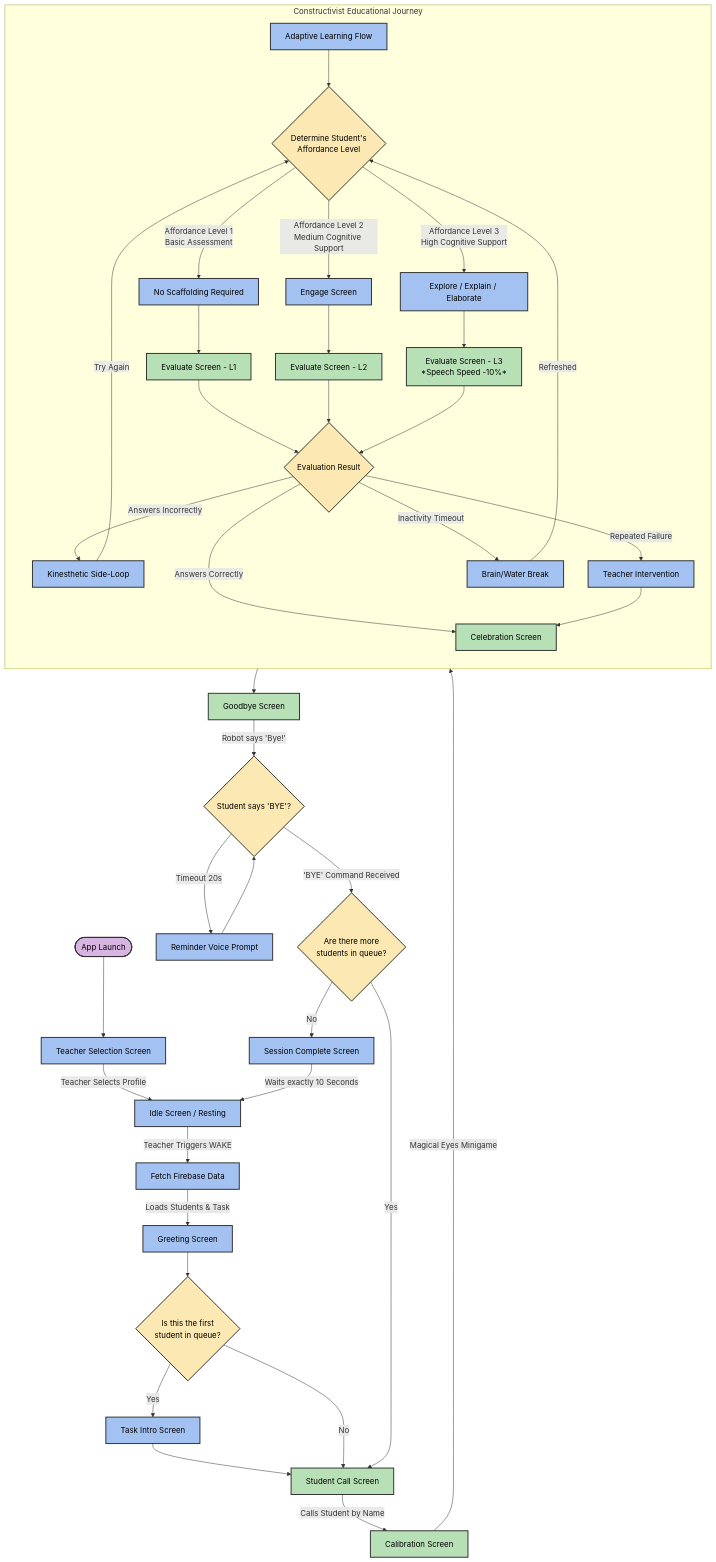
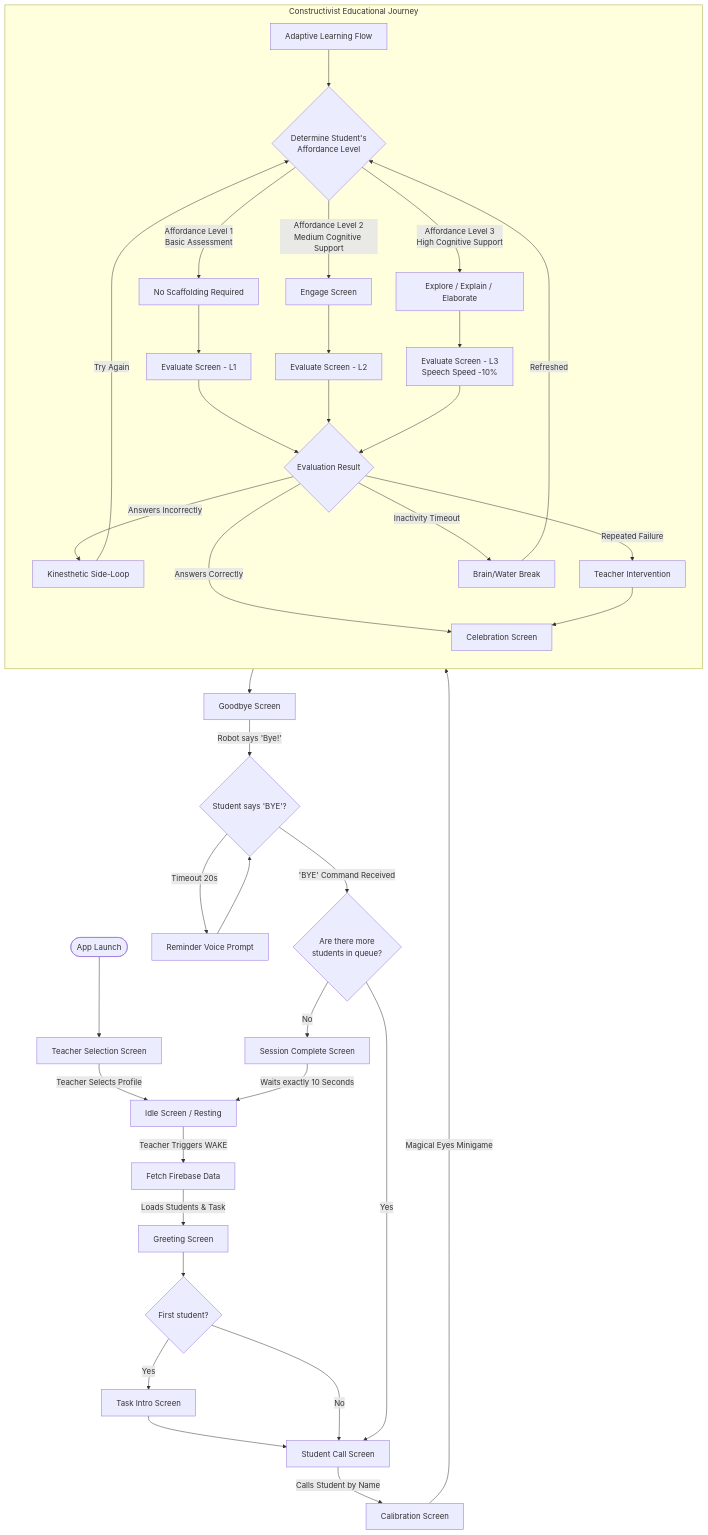
The diagram in COMPREHENSIVE_UX_DIAGRAM.md (zenBandara/akshi-robot-main), drawn with Mermaid before and after one commit.

Commit message:
docs: strip custom styling to fix readability issue in diagram renderer

````diff
--- a/COMPREHENSIVE_UX_DIAGRAM.md
+++ b/COMPREHENSIVE_UX_DIAGRAM.md
@@ -7,73 +7,58 @@
 ```mermaid
-%%{init: {"look": "classic", "theme": "default"}}%%
 graph TD
-    classDef startNode fill:#d8b4e2,stroke:#333,stroke-width:2px,color:black;
-    classDef processNode fill:#a3c2f1,stroke:#333,stroke-width:2px,color:black;
-    classDef conditionNode fill:#fce8b2,stroke:#333,stroke-width:2px,color:black;
-    classDef studentNode fill:#b8e0b6,stroke:#333,stroke-width:2px,color:black;
-
     START([App Launch]) --> TS[Teacher Selection Screen]
     TS --> |Teacher Selects Profile| IDLE[Idle Screen / Resting]
     
     IDLE --> |Teacher Triggers WAKE| FETCH[Fetch Firebase Data]
     FETCH --> |Loads Students & Task| GREET[Greeting Screen]
     
-    GREET --> FIRST_CHECK{Is this the first<br/>student in queue?}
+    GREET --> FIRST_CHECK{First student?}
     FIRST_CHECK -->|Yes| TASK_INTRO[Task Intro Screen]
     TASK_INTRO --> SCALL[Student Call Screen]
     FIRST_CHECK -->|No| SCALL
     
     SCALL --> |Calls Student by Name| CALIB[Calibration Screen]
     CALIB --> |Magical Eyes Minigame| ADAPTIVE[Adaptive Learning Flow]
     
     subgraph Constructivist Educational Journey
         direction TB
         ADAPTIVE --> ROUTER{Determine Student's<br/>Affordance Level}
         
-        %% Affordance Level 1
         ROUTER --> |Affordance Level 1<br/>Basic Assessment| L1_PATH[No Scaffolding Required]
         L1_PATH --> EVAL_L1[Evaluate Screen - L1]
         
-        %% Affordance Level 2
         ROUTER --> |Affordance Level 2<br/>Medium Cognitive Support| L2_PATH[Engage Screen]
         L2_PATH --> EVAL_L2[Evaluate Screen - L2]
         
-        %% Affordance Level 3
         ROUTER --> |Affordance Level 3<br/>High Cognitive Support| L3_PATH[Explore / Explain / Elaborate]
-        L3_PATH --> EVAL_L3[Evaluate Screen - L3<br/>*Speech Speed -10%*]
+        L3_PATH --> EVAL_L3[Evaluate Screen - L3<br/>Speech Speed -10%]
         
-        %% Merge Evaluation Results
         EVAL_L1 --> EVAL_MERGE{Evaluation Result}
         EVAL_L2 --> EVAL_MERGE
         EVAL_L3 --> EVAL_MERGE
         
         EVAL_MERGE --> |Answers Correctly| CELEB[Celebration Screen]
         
         EVAL_MERGE --> |Answers Incorrectly| KINESTHETIC[Kinesthetic Side-Loop]
         KINESTHETIC --> |Try Again| ROUTER
         
         EVAL_MERGE --> |Repeated Failure| TEACHER_INT[Teacher Intervention]
         TEACHER_INT --> CELEB
         
         EVAL_MERGE --> |Inactivity Timeout| BREAK[Brain/Water Break]
         BREAK --> |Refreshed| ROUTER
     end
     
     CELEB --> GOODBYE[Goodbye Screen]
     GOODBYE --> |Robot says 'Bye!'| WAIT_BYE{Student says 'BYE'?}
     
     WAIT_BYE --> |Timeout 20s| REMINDER[Reminder Voice Prompt]
     REMINDER --> WAIT_BYE
     
     WAIT_BYE --> |'BYE' Command Received| QUEUE_CHECK{Are there more<br/>students in queue?}
     
     QUEUE_CHECK --> |Yes| SCALL
     QUEUE_CHECK --> |No| SESS_COMP[Session Complete Screen]
     
     SESS_COMP --> |Waits exactly 10 Seconds| IDLE
-
-    class START startNode;
-    class TS,IDLE,FETCH,GREET,TASK_INTRO,ADAPTIVE,L1_PATH,L2_PATH,L3_PATH,KINESTHETIC,TEACHER_INT,BREAK,REMINDER,SESS_COMP processNode;
-    class FIRST_CHECK,WAIT_BYE,QUEUE_CHECK,ROUTER,EVAL_MERGE conditionNode;
-    class SCALL,CALIB,EVAL_L1,EVAL_L2,EVAL_L3,CELEB,GOODBYE studentNode;
 ```
````
